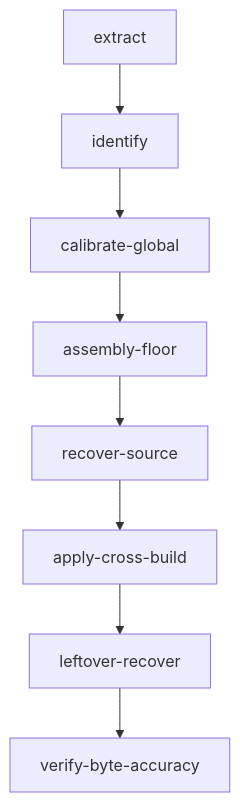
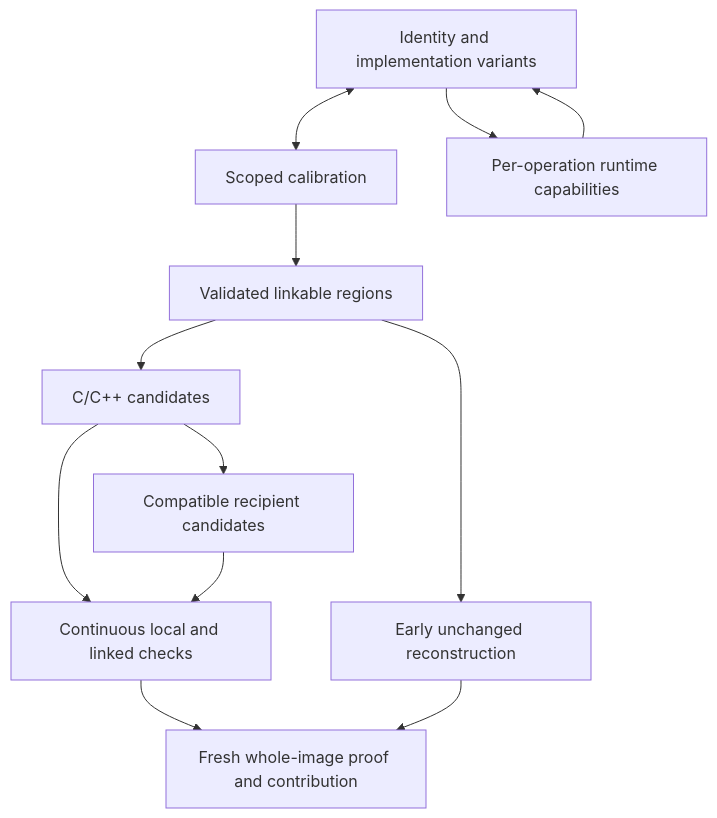
One commit to bodencrouch/AgentDecompile changed the diagram in docs/CORPUS_PIPELINE.md. Above: the diagram before and after it, drawn with Mermaid. The commit also changed other lines of this file and 800 other files, not shown here.

````diff
--- a/docs/CORPUS_PIPELINE.md
+++ b/docs/CORPUS_PIPELINE.md
@@ -18,10 +24,14 @@
 ```mermaid
 flowchart TD
-  extract[extract] --> identify[identify]
-  identify --> calib[calibrate-global]
-  calib --> floor[assembly-floor]
-  floor --> recover[recover-source]
-  recover --> apply[apply-cross-build]
-  apply --> leftover[leftover-recover]
-  leftover --> verify[verify-byte-accuracy]
+  identify[Identity and implementation variants] <--> calib[Scoped calibration]
+  calib --> regions[Validated linkable regions]
+  regions --> source[C/C++ candidates]
+  source --> recipient[Compatible recipient candidates]
+  source --> parity[Continuous local and linked checks]
+  recipient --> parity
+  regions --> roundtrip[Early unchanged reconstruction]
+  parity --> image[Fresh whole-image proof and contribution]
+  roundtrip --> image
+  identify --> runtime[Per-operation runtime capabilities]
+  runtime --> identify
 ```
````
